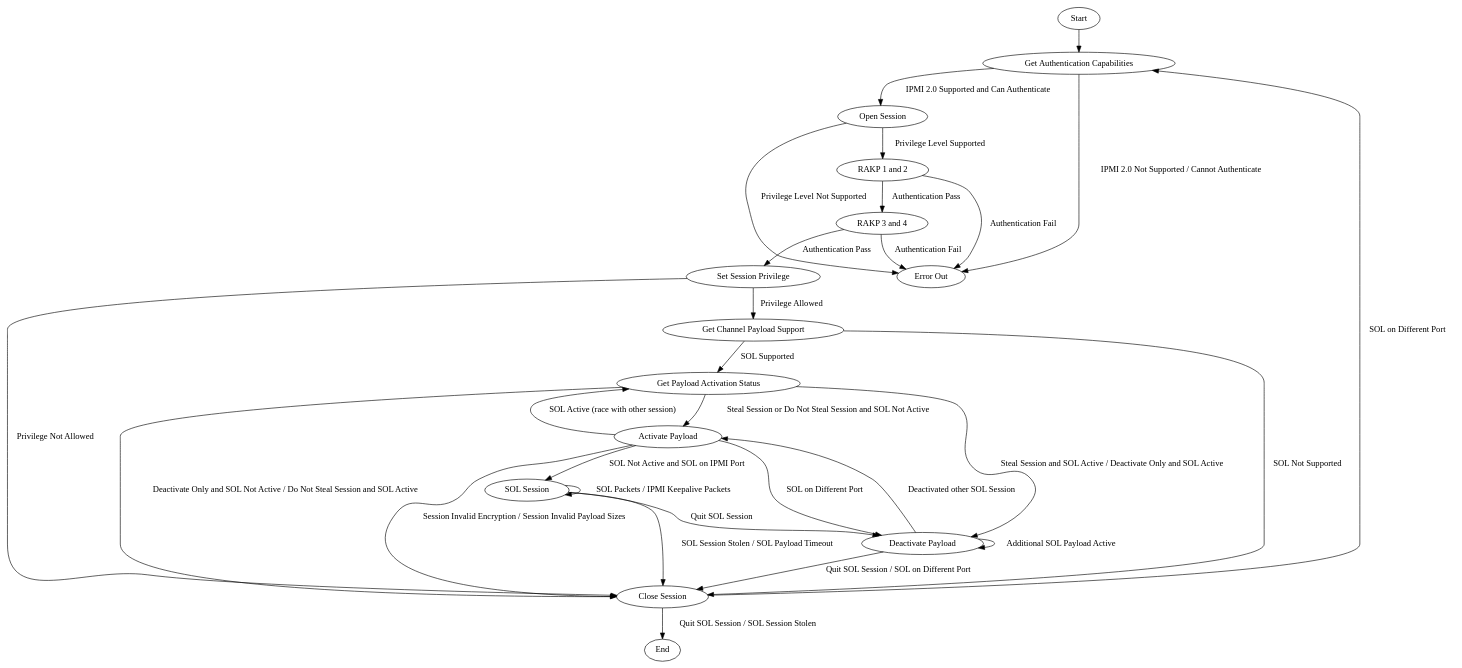
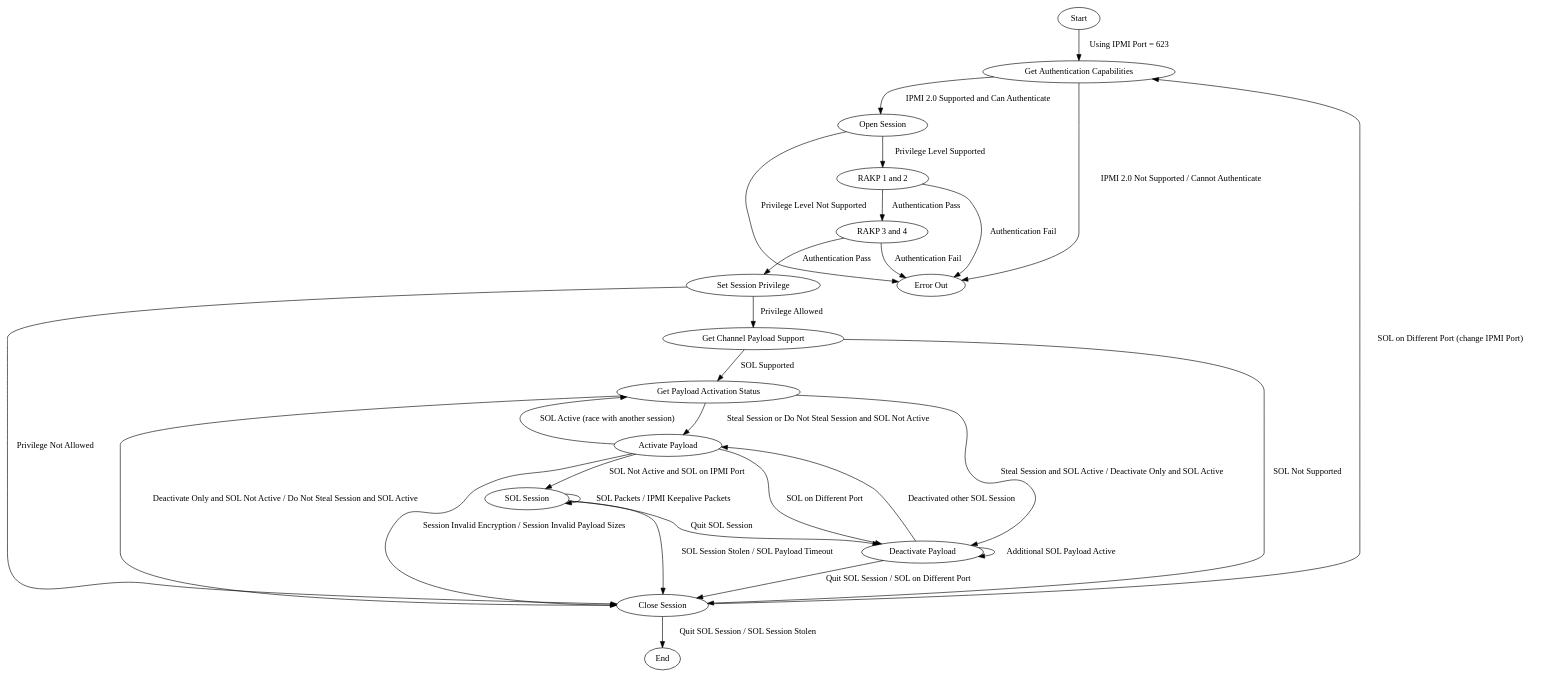
Before and after one commit to elitak/freeipmi: the diagram in doc/solstatediagram.dot, drawn with Graphviz.

Commit message:
fix some text

```diff
--- a/doc/solstatediagram.dot
+++ b/doc/solstatediagram.dot
@@ -1,111 +1,111 @@
 /*
 
 The following is a state diagram that attempts to cover the high level
 view of the IPMI packets sent/received during SOL in libipmiconsole.
 I admit to not being a guru of dot notation, but hopefully it helps.
 
 This diagram does not reflect the code perfectly.  Exceptions exist
 and other error conditions can arise, but hopefully this gives a good
 high level overview for understanding the code.  For example, network
 timeouts can occur at any point in time in this diagram.
 
 For the purposes of the graph, I have created a state called
 "ErrorOut".  "ErrorOut" means that the protocol to some extent gives
 up.  This is in contrast to "End", which means that we exited nicely.
 For example, if we notice the remote machine does not support IPMI
 2.0, we give up immediately.  There is no IPMI session that needs to
 be cleaned up.
 
 Albert Chu
 
 Updated 1/13/12
 
 */
 
 digraph solstatemachine {
 
 Start [label=Start]
 
 GetAuthenticationCapabilities [label="Get Authentication Capabilities"]
 
 OpenSession [label="Open Session"]
 
 RAKP12 [label="RAKP 1 and 2"]
 
 RAKP34 [label="RAKP 3 and 4"]
 
 SetSessionPrivilege [label="Set Session Privilege"]
 
 GetChannelPayloadSupport [label="Get Channel Payload Support"]
 
 GetPayloadActivationStatus [label="Get Payload Activation Status"]
 
 ActivatePayload [label="Activate Payload"]
 
 SOLSession [label="SOL Session"]
 
 DeactivatePayload [label="Deactivate Payload"]
 
 CloseSession [label="Close Session"] 
 
 ErrorOut [label="Error Out"]
 
 End [label=End]
 
-Start -> GetAuthenticationCapabilities
+Start -> GetAuthenticationCapabilities [label="Using IPMI Port = 623"]
 
 GetAuthenticationCapabilities -> ErrorOut [label="IPMI 2.0 Not Supported / Cannot Authenticate"]
 
 GetAuthenticationCapabilities -> OpenSession [label="IPMI 2.0 Supported and Can Authenticate"]
 
 OpenSession -> RAKP12 [label="Privilege Level Supported"]
 
 OpenSession -> ErrorOut [label="Privilege Level Not Supported"]
 
 RAKP12 -> RAKP34 [label="Authentication Pass"]
 
 RAKP12 -> ErrorOut [label="Authentication Fail"]
 
 RAKP34 -> SetSessionPrivilege [label="Authentication Pass"]
 
 RAKP34 -> ErrorOut [label="Authentication Fail"]
 
 SetSessionPrivilege -> GetChannelPayloadSupport [label="Privilege Allowed"]
 
 SetSessionPrivilege -> CloseSession [label="Privilege Not Allowed"]
 
 GetChannelPayloadSupport -> GetPayloadActivationStatus [label="SOL Supported"]
 
 GetChannelPayloadSupport -> CloseSession [label="SOL Not Supported"]
 
 GetPayloadActivationStatus -> ActivatePayload [label="Steal Session or Do Not Steal Session and SOL Not Active"]
 
 GetPayloadActivationStatus -> DeactivatePayload [label="Steal Session and SOL Active / Deactivate Only and SOL Active"]
 
 GetPayloadActivationStatus -> CloseSession [label="Deactivate Only and SOL Not Active / Do Not Steal Session and SOL Active"]
 
 ActivatePayload -> SOLSession [label="SOL Not Active and SOL on IPMI Port"]
 
 ActivatePayload -> DeactivatePayload [label="SOL on Different Port"]
 
 ActivatePayload -> CloseSession [label="Session Invalid Encryption / Session Invalid Payload Sizes"]
 
-ActivatePayload -> GetPayloadActivationStatus [label="SOL Active (race with other session)"]
+ActivatePayload -> GetPayloadActivationStatus [label="SOL Active (race with another session)"]
 
 SOLSession -> SOLSession [label="SOL Packets / IPMI Keepalive Packets"]
 
 SOLSession -> DeactivatePayload [label="Quit SOL Session"]
 
 SOLSession -> CloseSession [label="SOL Session Stolen / SOL Payload Timeout"]
 
 DeactivatePayload -> ActivatePayload [label="Deactivated other SOL Session"]
 
 DeactivatePayload -> DeactivatePayload [label="Additional SOL Payload Active"]
 
 DeactivatePayload -> CloseSession [label="Quit SOL Session / SOL on Different Port"]
 
-CloseSession -> GetAuthenticationCapabilities [label="SOL on Different Port"]
+CloseSession -> GetAuthenticationCapabilities [label="SOL on Different Port (change IPMI Port)"]
 
 CloseSession -> End [label="Quit SOL Session / SOL Session Stolen"] 
 
 }
```
